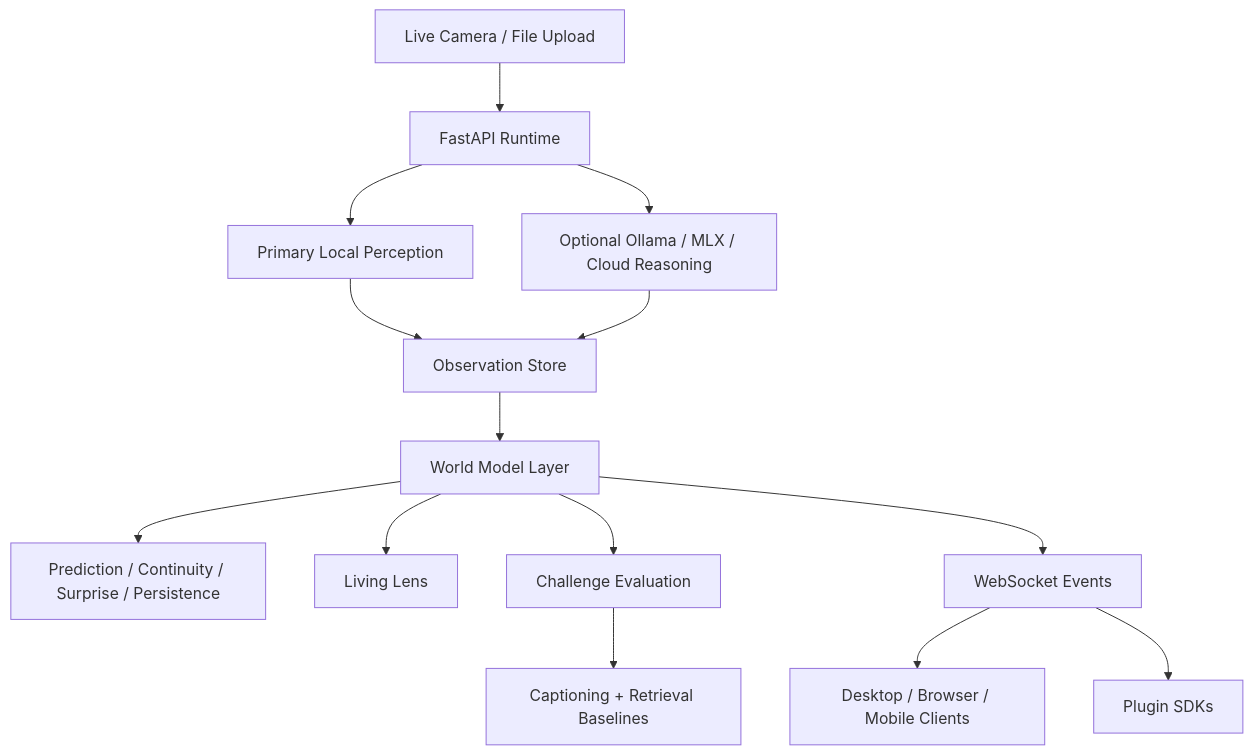
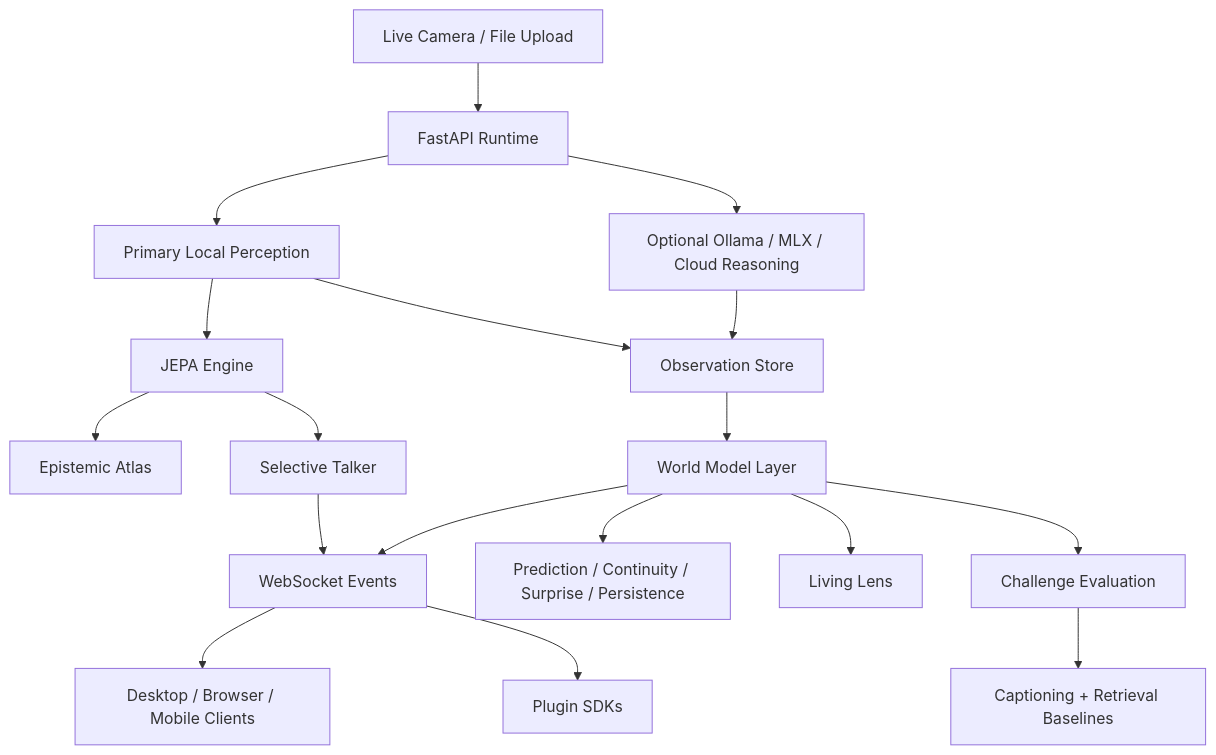
One commit to NeoOne601/Toori changed the diagram in CLAUDE.md. Above: the diagram before and after it, drawn with Mermaid. The commit also changed other lines of this file and 20 other files, not shown here.

First line of the commit message:
feat: transition to JEPA-native architecture and update documentation

````diff
--- a/CLAUDE.md
+++ b/CLAUDE.md
@@ -43,16 +43,20 @@
 ```mermaid
 flowchart TB
   Camera["Live Camera / File Upload"] --> Runtime["FastAPI Runtime"]
   Runtime --> Perception["Primary Local Perception"]
+  Perception --> JEPA["JEPA Engine"]
+  JEPA --> EpistemicAtlas["Epistemic Atlas"]
+  JEPA --> Talker["Selective Talker"]
+  Talker --> Events["WebSocket Events"]
   Perception --> Store["Observation Store"]
   Store --> World["World Model Layer"]
   World --> Metrics["Prediction / Continuity / Surprise / Persistence"]
   World --> Living["Living Lens"]
   World --> Challenge["Challenge Evaluation"]
   Challenge --> Baselines["Captioning + Retrieval Baselines"]
   Runtime --> Reasoning["Optional Ollama / MLX / Cloud Reasoning"]
   Reasoning --> Store
-  World --> Events["WebSocket Events"]
+  World --> Events
   Events --> UI["Desktop / Browser / Mobile Clients"]
   Events --> SDK["Plugin SDKs"]
 ```
````
